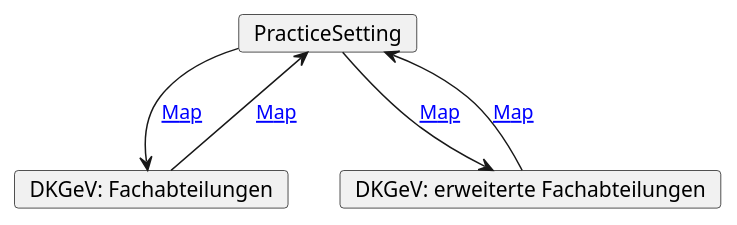
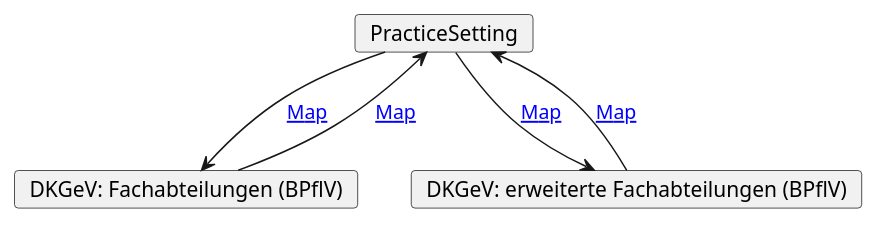
One commit to IHE-Germany/ITI.XDS.VS.mappings changed the diagram in input/images-source/practiceSetting.plantuml. Above: the diagram before and after it, drawn with PlantUML. The commit also changed 6 other files, not shown here.

```diff
--- a/input/images-source/practiceSetting.plantuml
+++ b/input/images-source/practiceSetting.plantuml
@@ -1,13 +1,13 @@
 @startuml
 
 card "PracticeSetting" as ps
-card "DKGeV: Fachabteilungen" as fachabt
-card "DKGeV: erweiterte Fachabteilungen" as fachabterw
+card "DKGeV: Fachabteilungen (BPflV)" as fachabt
+card "DKGeV: erweiterte Fachabteilungen (BPflV)" as fachabterw
 
 ps --> fachabt : [[ConceptMap-IheCsFachrichtungAerztlich2BPflV.html Map]]
 ps --> fachabterw : [[ConceptMap-IheCsFachrichtungAerztlich2BPflVerw.html Map]]
 
 fachabt --> ps : [[ConceptMap-BPflV2IheCsFachrichtungAerztlich.html Map]]
 fachabterw --> ps : [[ConceptMap-BPflVerw2IheCsFachrichtungAerztlich.html Map]]
 
 @enduml
```
